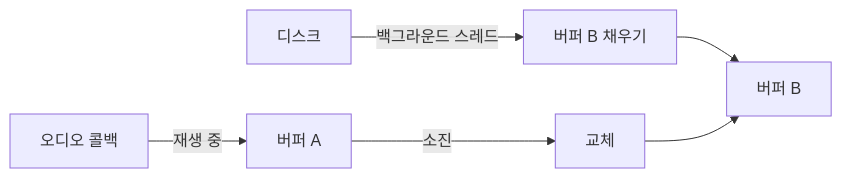
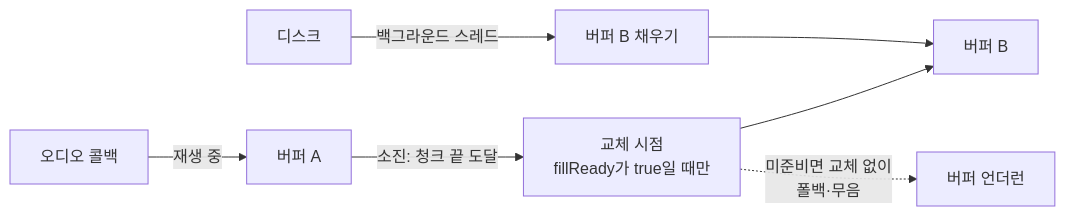
Before and after one commit to Rein-ArXiv/game-dev-curriculum: the third of 4 diagrams in engine/part01_audio.md, drawn with Mermaid. The commit also changed other lines of this file and 279 other files, not shown here.

````diff
--- a/engine/part01_audio.md
+++ b/engine/part01_audio.md
@@ -153,8 +153,8 @@
 ```mermaid
 flowchart LR
     Disk[디스크] -->|백그라운드 스레드| Fill[버퍼 B 채우기]
     Play[오디오 콜백] -->|재생 중| BufA[버퍼 A]
-    BufA -->|소진| Swap[교체]
+    BufA -->|소진: 청크 끝 도달| Swap[교체 시점<br/>fillReady가 true일 때만]
     Fill --> BufB[버퍼 B]
-    Swap --> BufB
+    Swap --> BufB; Swap -.->|미준비면 교체 없이<br/>폴백·무음| Under[버퍼 언더런]
 ```
````
